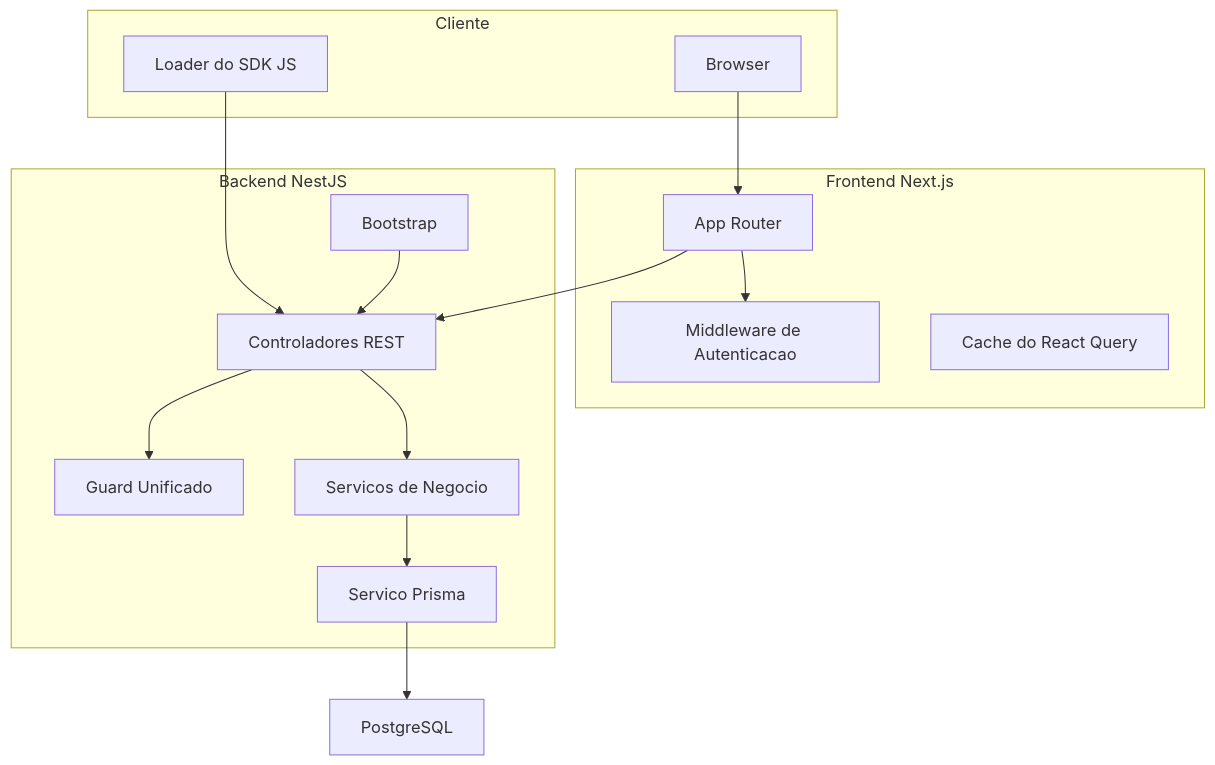
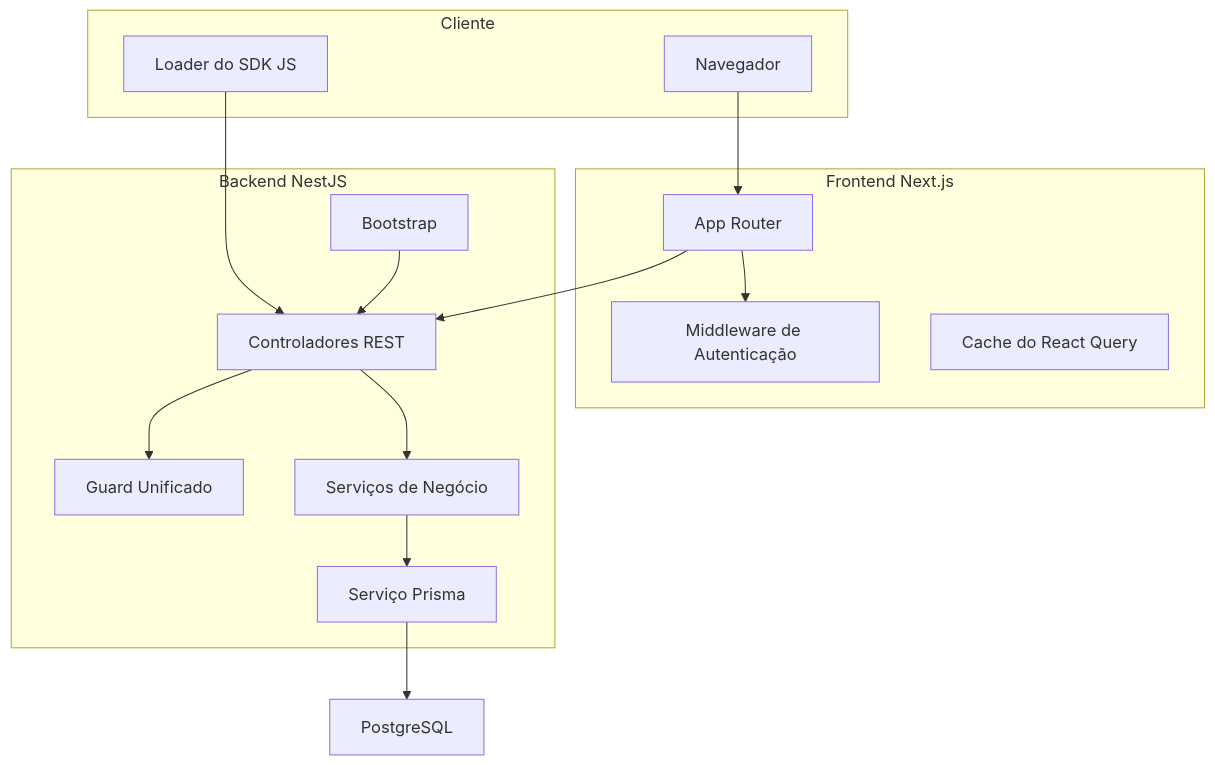
The first of 5 diagrams in ESPECIFICACOES.md (matheuscastroks/projeto-tfc), drawn with Mermaid before and after one commit. The commit also changed other lines of this file and 4 other files, not shown here.

````diff
--- a/ESPECIFICACOES.md
+++ b/ESPECIFICACOES.md
@@ -99,29 +99,29 @@
 ```mermaid
 flowchart TB
   subgraph client[Cliente]
-    Browser
+    Browser[Navegador]
     SDK[Loader do SDK JS]
   end
   subgraph frontend[Frontend Next.js]
-    Middleware[Middleware de Autenticacao]
+    Middleware[Middleware de Autenticação]
     AppRouter[App Router]
     Query[Cache do React Query]
   end
   subgraph backend[Backend NestJS]
     Main[Bootstrap]
     Controllers[Controladores REST]
     Guards[Guard Unificado]
-    Services[Servicos de Negocio]
-    Prisma[Servico Prisma]
+    Services[Serviços de Negócio]
+    Prisma[Serviço Prisma]
   end
   DB[PostgreSQL]
 
   Browser --> AppRouter
   AppRouter --> Middleware
   AppRouter --> Controllers
   SDK --> Controllers
   Controllers --> Guards
   Controllers --> Services
   Services --> Prisma --> DB
   Main --> Controllers
 ```
````
